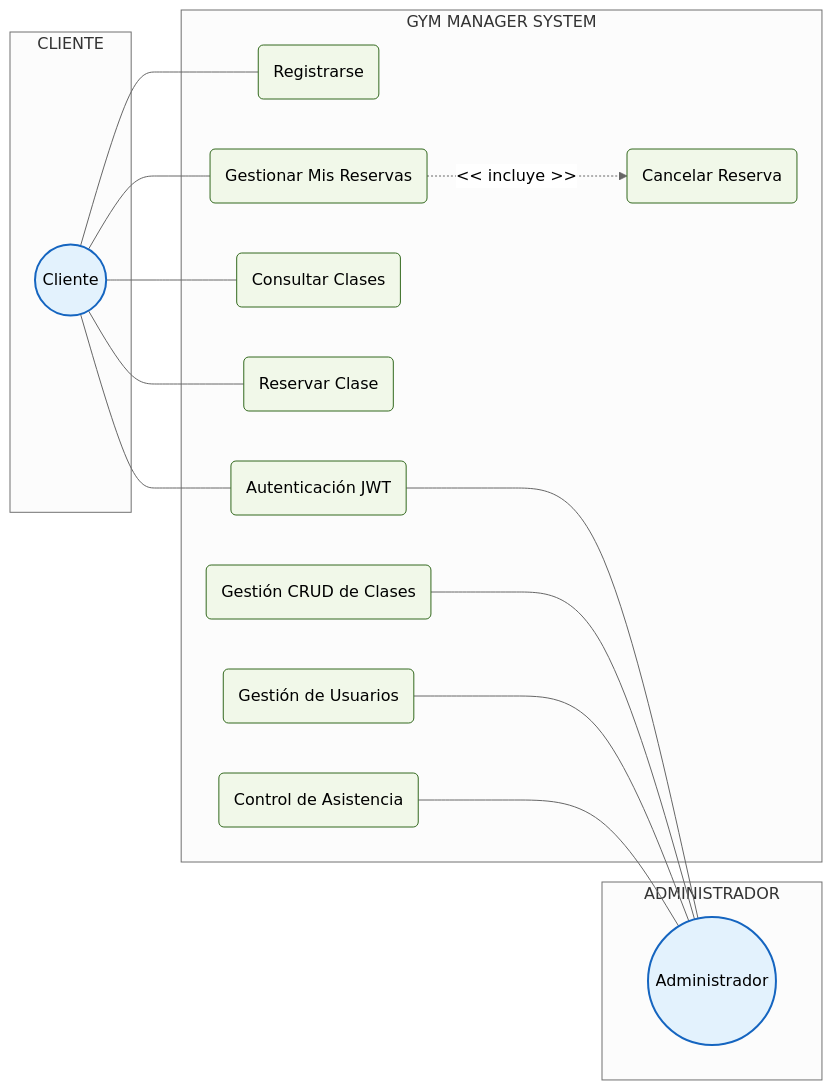
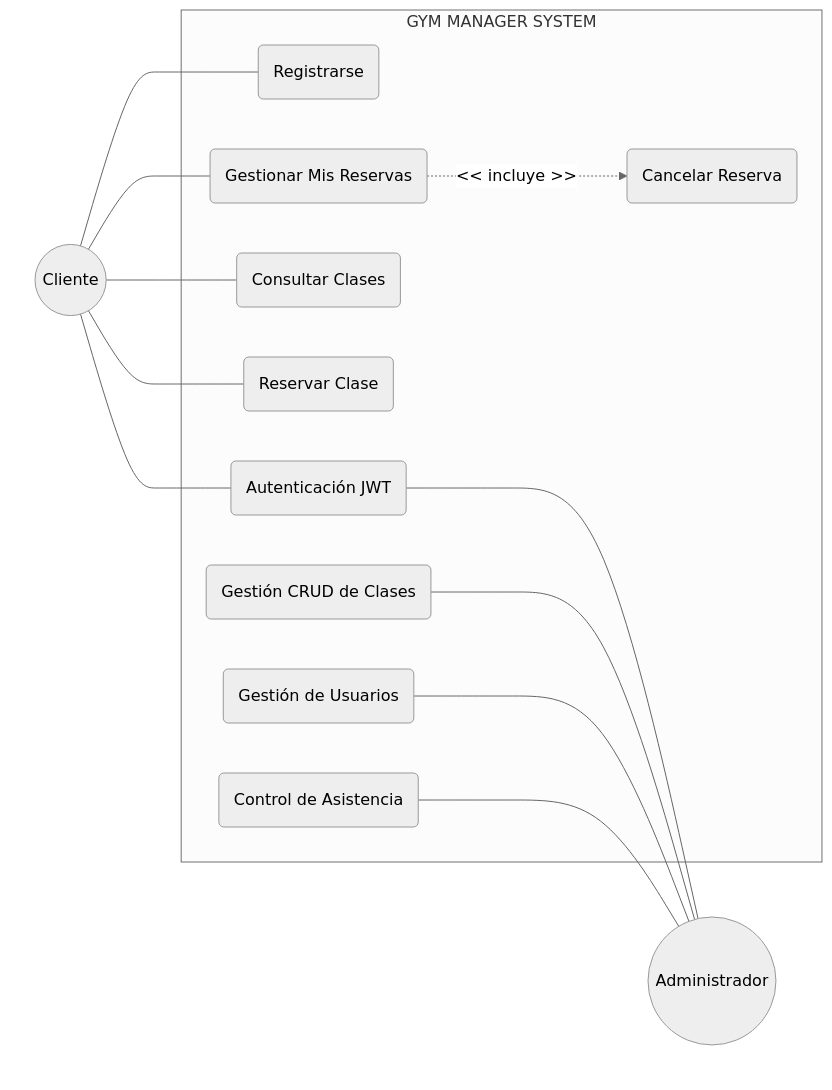
One commit to rafaAuEs/orto_p_f_para_orto changed the diagram in README.md. Above: the diagram before and after it, drawn with Mermaid (neutral theme).

Commit message:
Diagrama sin colores

````diff
--- a/README.md
+++ b/README.md
@@ -20,49 +20,37 @@
 ```mermaid
 graph LR
-    %% Estilos de nodos
-    classDef actor fill:#e3f2fd,stroke:#1565c0,stroke-width:2px;
-    classDef system fill:#ffffff,stroke:#37474f,stroke-width:2px,stroke-dasharray: 5 5;
-    classDef usecase fill:#f1f8e9,stroke:#33691e,stroke-width:1px;
-
-    %% Posición Izquierda
-    subgraph "CLIENTE"
+    subgraph Col_Izquierda [ ]
+        style Col_Izquierda fill:none,stroke:none
         C((Cliente))
     end
 
-    %% Posición Centro
-    subgraph "GYM MANAGER SYSTEM"
+    subgraph GYM_MANAGER_SYSTEM [GYM MANAGER SYSTEM]
         UC1(Registrarse)
         UC2(Autenticación JWT)
         UC3(Consultar Clases)
         UC4(Reservar Clase)
         UC5(Gestionar Mis Reservas)
         UC6(Cancelar Reserva)
         
         UC7(Gestión CRUD de Clases)
         UC8(Gestión de Usuarios)
         UC9(Control de Asistencia)
     end
 
-    %% Posición Derecha
-    subgraph "ADMINISTRADOR"
+    subgraph Col_Derecha [ ]
+        style Col_Derecha fill:none,stroke:none
         A((Administrador))
     end
 
-    %% Conexiones Cliente
     C --- UC1
     C --- UC2
     C --- UC3
     C --- UC4
     C --- UC5
     UC5 -. << incluye >> .-> UC6
     
-    %% Conexiones Administrador (Invertidas para forzar posición a la derecha)
     UC2 --- A
     UC7 --- A
     UC8 --- A
     UC9 --- A
-
-    %% Asignación de estilos
-    class C,A actor;
-    class UC1,UC2,UC3,UC4,UC5,UC6,UC7,UC8,UC9 usecase;
 ```
````
